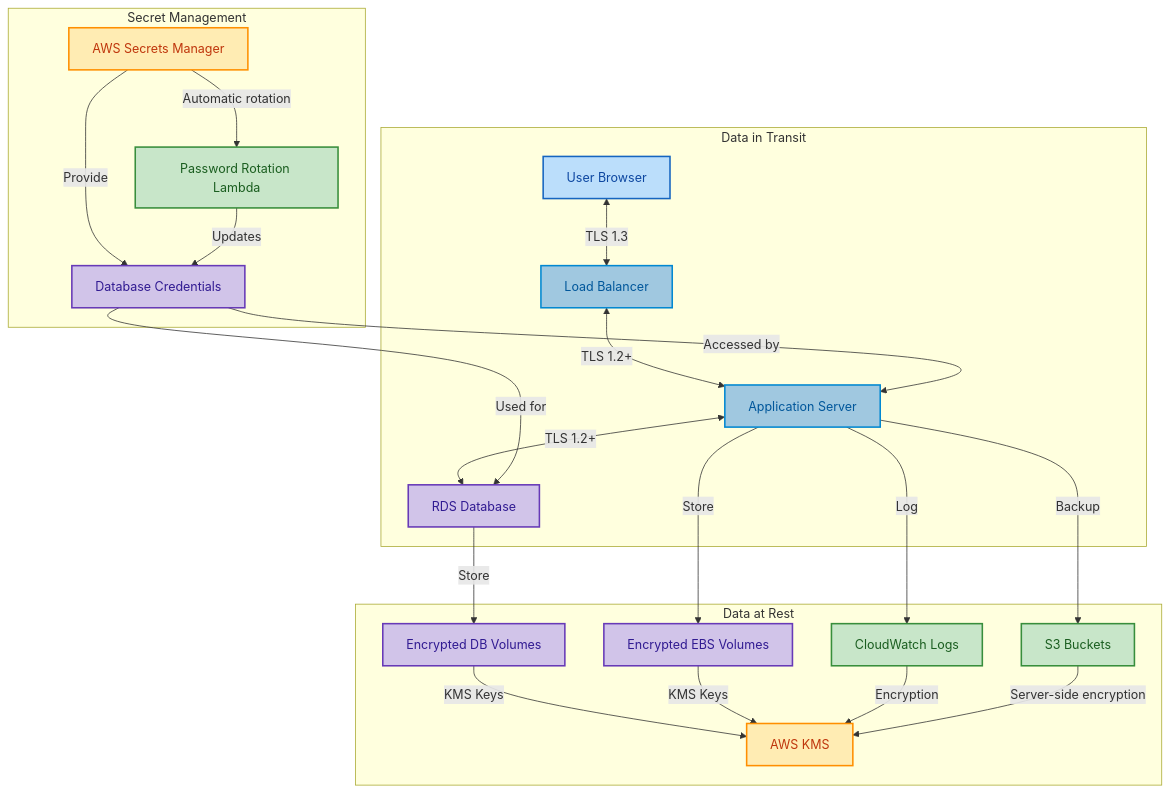
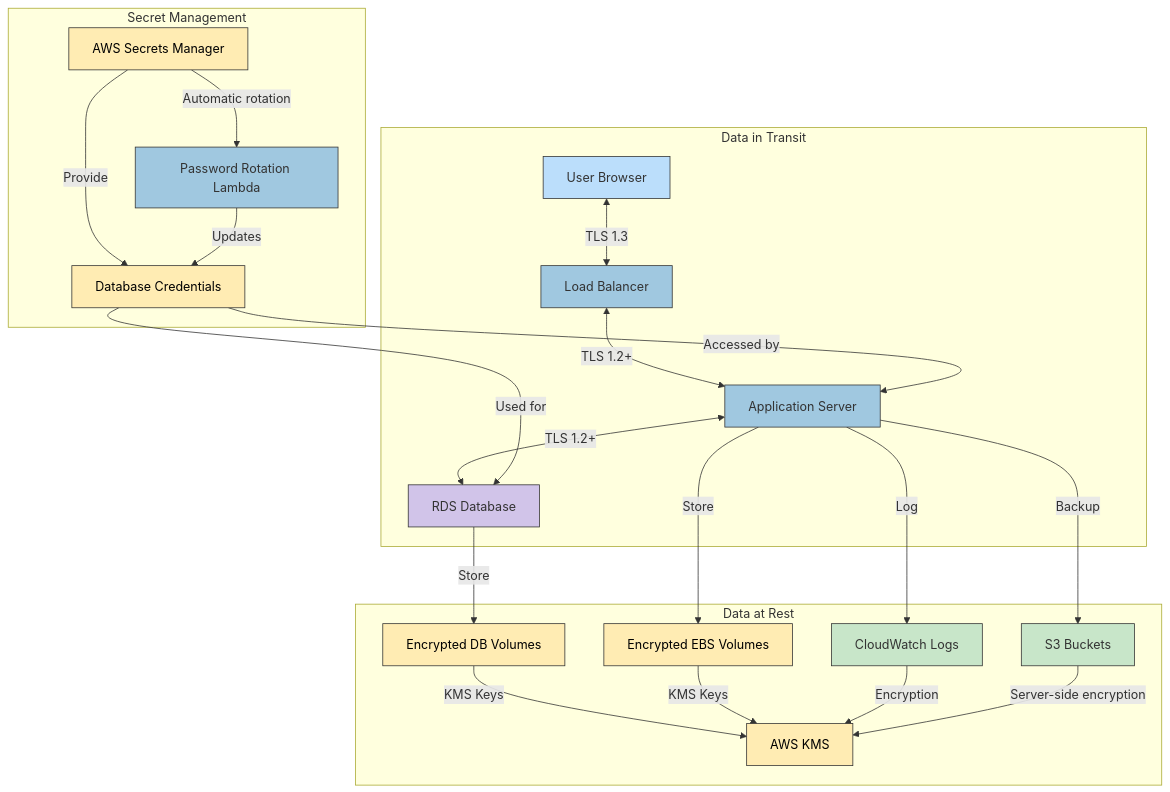
The fourth of 9 diagrams in SECURITY_ARCHITECTURE.md (Hack23/cia), drawn with Mermaid before and after one commit. The commit also changed other lines of this file, not shown here.

````diff
--- a/SECURITY_ARCHITECTURE.md
+++ b/SECURITY_ARCHITECTURE.md
@@ -181,45 +416,44 @@
 ```mermaid
 flowchart TD
-    %% Node styling classes
-    classDef userNode fill:#bbdefb,stroke:#1565c0,stroke-width:2px,color:#0d47a1
-    classDef appNode fill:#a0c8e0,stroke:#0288d1,stroke-width:2px,color:#01579b
-    classDef dataNode fill:#d1c4e9,stroke:#673ab7,stroke-width:2px,color:#311b92
-    classDef encryptNode fill:#ffecb3,stroke:#ff8f00,stroke-width:2px,color:#bf360c
-    classDef loggingNode fill:#c8e6c9,stroke:#388e3c,stroke-width:2px,color:#1b5e20
-    
     subgraph "Data in Transit"
         A[User Browser] <-->|TLS 1.3| B[Load Balancer]
         B <-->|TLS 1.2+| C[Application Server]
         C <-->|TLS 1.2+| D[RDS Database]
     end
     
     subgraph "Data at Rest"
         D -->|Store| E[Encrypted DB Volumes]
         E -->|KMS Keys| F[AWS KMS]
         
         C -->|Store| G[Encrypted EBS Volumes]
         G -->|KMS Keys| F
         
         C -->|Log| H[CloudWatch Logs]
         H -->|Encryption| F
         
         C -->|Backup| I[S3 Buckets]
         I -->|Server-side encryption| F
     end
     
     subgraph "Secret Management"
         J[AWS Secrets Manager] -->|Provide| K[Database Credentials]
         K -->|Accessed by| C
         K -->|Used for| D
         
         J -->|Automatic rotation| L[Password Rotation Lambda]
         L -->|Updates| K
     end
     
-    %% Apply styling classes
-    class A userNode
-    class B,C appNode
-    class D,E,G,K dataNode
-    class F,J encryptNode
-    class H,I,L loggingNode
+    style A fill:#bbdefb,stroke:#333,stroke-width:1px
+    style B fill:#a0c8e0,stroke:#333,stroke-width:1px
+    style C fill:#a0c8e0,stroke:#333,stroke-width:1px
+    style D fill:#d1c4e9,stroke:#333,stroke-width:1px
+    style E fill:#ffecb3,stroke:#333,stroke-width:1px,color:black
+    style F fill:#ffecb3,stroke:#333,stroke-width:1px,color:black
+    style G fill:#ffecb3,stroke:#333,stroke-width:1px,color:black
+    style H fill:#c8e6c9,stroke:#333,stroke-width:1px
+    style I fill:#c8e6c9,stroke:#333,stroke-width:1px
+    style J fill:#ffecb3,stroke:#333,stroke-width:1px,color:black
+    style K fill:#ffecb3,stroke:#333,stroke-width:1px,color:black
+    style L fill:#a0c8e0,stroke:#333,stroke-width:1px
 ```
````
